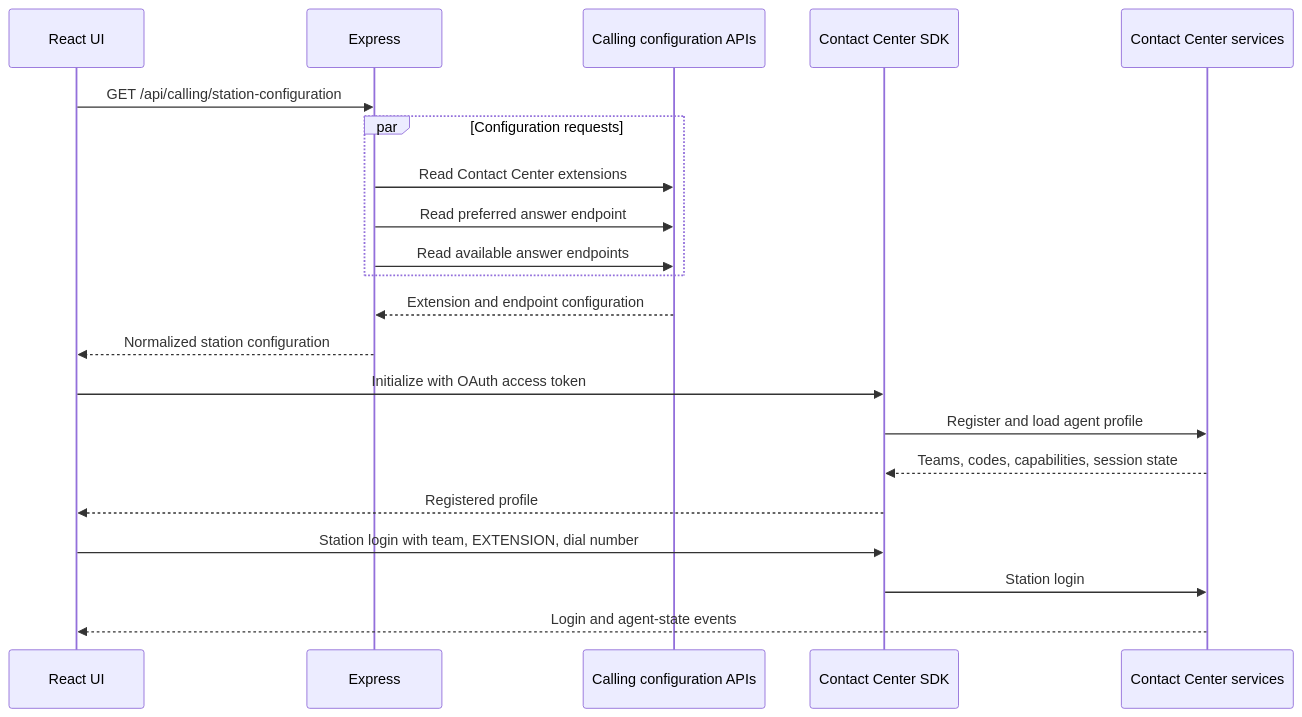
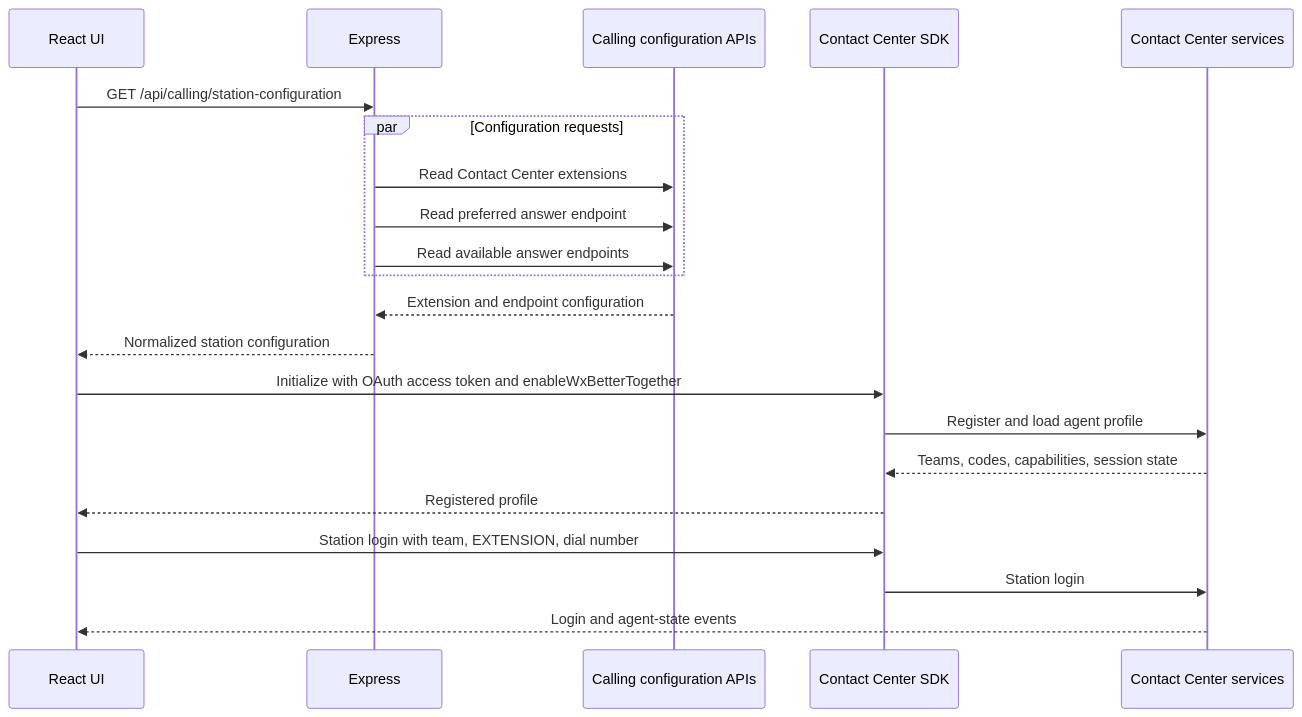
Before and after one commit to aashishberry/webexcc_sdk_app: the fourth of 8 diagrams in ARCHITECTURE.md, drawn with Mermaid. The commit also changed other lines of this file and 13 other files, not shown here.

````diff
--- a/ARCHITECTURE.md
+++ b/ARCHITECTURE.md
@@ -136,24 +140,24 @@
 ```mermaid
 sequenceDiagram
     participant UI as React UI
     participant S as Express
     participant C as Calling configuration APIs
     participant SDK as Contact Center SDK
     participant W as Contact Center services
 
     UI->>S: GET /api/calling/station-configuration
     par Configuration requests
         S->>C: Read Contact Center extensions
         S->>C: Read preferred answer endpoint
         S->>C: Read available answer endpoints
     end
     C-->>S: Extension and endpoint configuration
     S-->>UI: Normalized station configuration
-    UI->>SDK: Initialize with OAuth access token
+    UI->>SDK: Initialize with OAuth access token and enableWxBetterTogether
     SDK->>W: Register and load agent profile
     W-->>SDK: Teams, codes, capabilities, session state
     SDK-->>UI: Registered profile
     UI->>SDK: Station login with team, EXTENSION, dial number
     SDK->>W: Station login
     W-->>UI: Login and agent-state events
 ```
````
